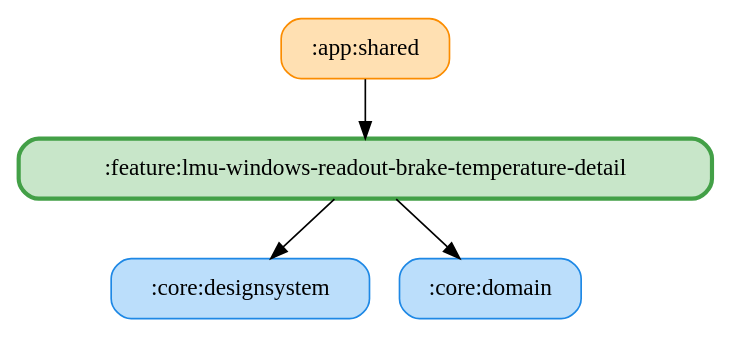
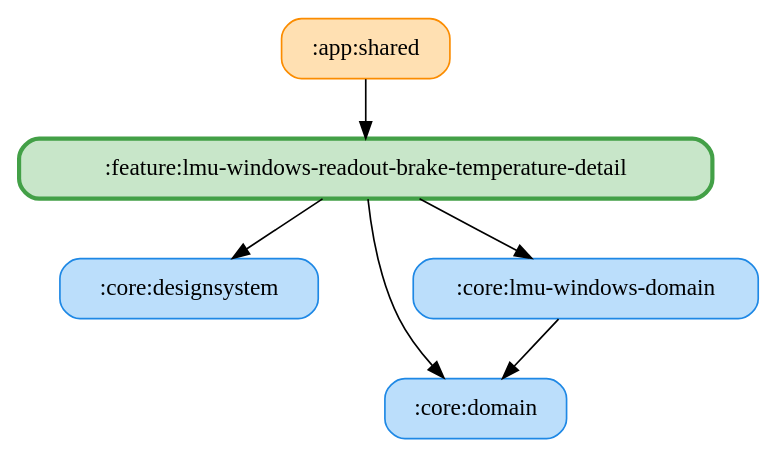
Before and after one commit to ai-kurou/KoDriver: the diagram in docs/graphs/feature-lmu-windows-readout-brake-temperature-detail.gv, drawn with Graphviz. The commit also changed 55 other files, not shown here.

Commit message:
chore: update module graph images

```diff
--- a/docs/graphs/feature-lmu-windows-readout-brake-temperature-detail.gv
+++ b/docs/graphs/feature-lmu-windows-readout-brake-temperature-detail.gv
@@ -1,11 +1,14 @@
 digraph G {
   rankdir=TB
   node [shape=box, style="rounded,filled"]
   ":app:shared" [fillcolor="#FFE0B2", color="#FB8C00", penwidth=1]
   ":core:designsystem" [fillcolor="#BBDEFB", color="#1E88E5", penwidth=1]
   ":core:domain" [fillcolor="#BBDEFB", color="#1E88E5", penwidth=1]
+  ":core:lmu-windows-domain" [fillcolor="#BBDEFB", color="#1E88E5", penwidth=1]
   ":feature:lmu-windows-readout-brake-temperature-detail" [fillcolor="#C8E6C9", color="#43A047", penwidth=2.5]
   ":app:shared" -> ":feature:lmu-windows-readout-brake-temperature-detail"
+  ":core:lmu-windows-domain" -> ":core:domain"
   ":feature:lmu-windows-readout-brake-temperature-detail" -> ":core:domain"
+  ":feature:lmu-windows-readout-brake-temperature-detail" -> ":core:lmu-windows-domain"
   ":feature:lmu-windows-readout-brake-temperature-detail" -> ":core:designsystem"
 }
```
